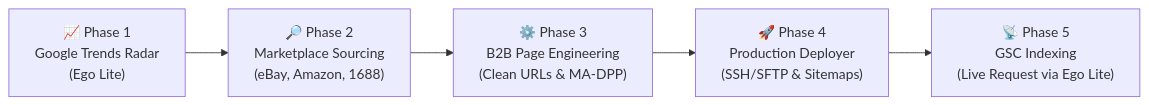
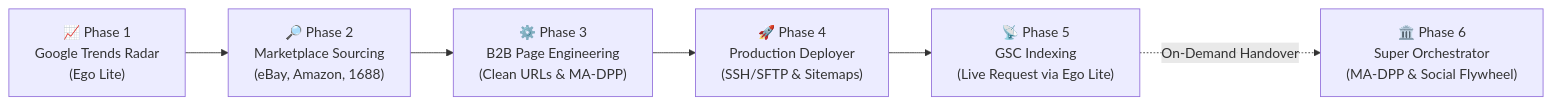
One commit to cnproduct/b2b-category-trend-launch-engine changed the diagram in README.md. Above: the diagram before and after it, drawn with Mermaid. The commit also changed other lines of this file and 4 other files, not shown here.

Commit message:
feat: integrate b2b-export-site-super-orchestrator bridge and dual-engine architecture

````diff
--- a/README.md
+++ b/README.md
@@ -26,7 +26,8 @@
 ```mermaid
 flowchart LR
     A["📈 Phase 1<br/>Google Trends Radar<br/>(Ego Lite)"] --> B["🔎 Phase 2<br/>Marketplace Sourcing<br/>(eBay, Amazon, 1688)"]
     B --> C["⚙️ Phase 3<br/>B2B Page Engineering<br/>(Clean URLs & MA-DPP)"]
     C --> D["🚀 Phase 4<br/>Production Deployer<br/>(SSH/SFTP & Sitemaps)"]
     D --> E["📡 Phase 5<br/>GSC Indexing<br/>(Live Request via Ego Lite)"]
+    E -.->|On-Demand Handover| F["🏛️ Phase 6<br/>Super Orchestrator<br/>(MA-DPP & Social Flywheel)"]
 ```
````
